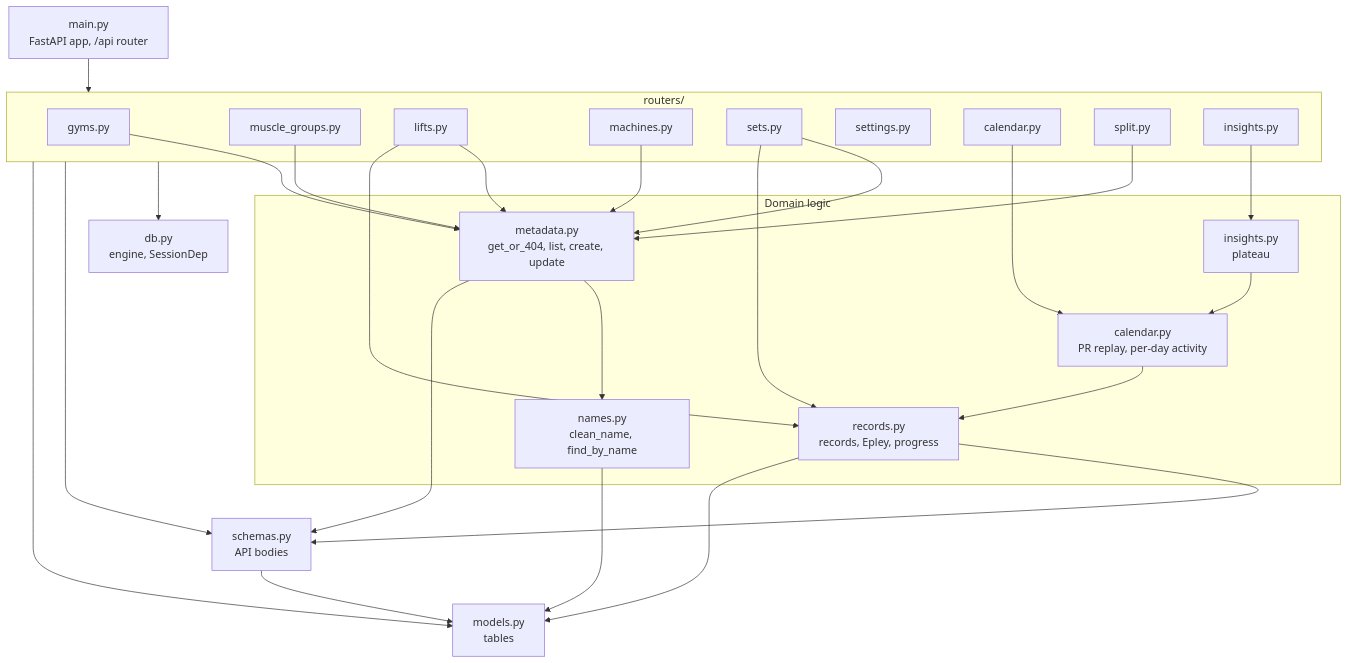
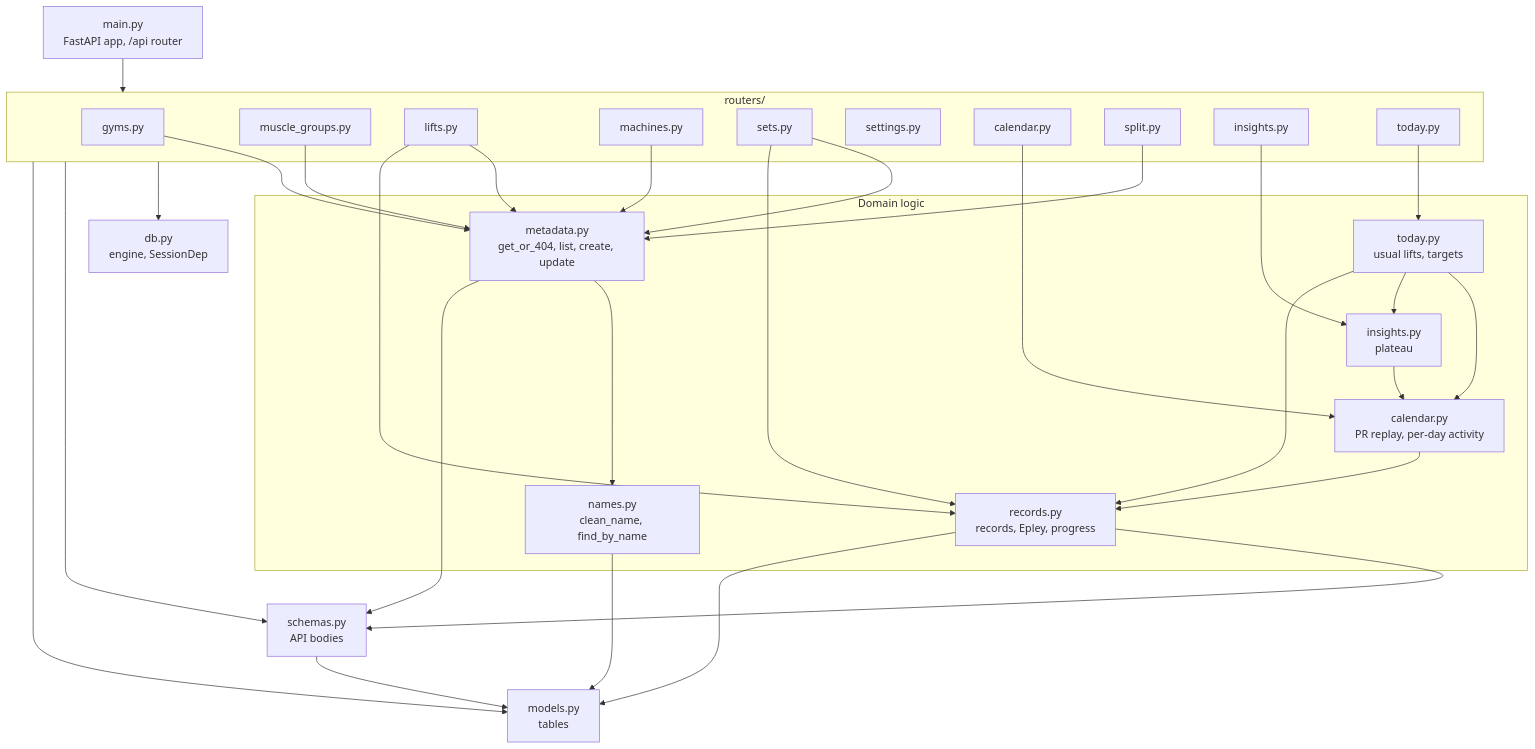
The first of 2 diagrams in docs/04-backend/README.md (coopermay/fitness-tracker), drawn with Mermaid before and after one commit. The commit also changed 47 other files, not shown here.

First line of the commit message:
Today tab: usual lifts, last session and targets; target rep range setting

````diff
--- a/docs/04-backend/README.md
+++ b/docs/04-backend/README.md
@@ -22,45 +22,49 @@
 ```mermaid
 flowchart TD
     main["main.py<br/>FastAPI app, /api router"]
 
     subgraph routers["routers/"]
         r_gyms["gyms.py"]
         r_mg["muscle_groups.py"]
         r_lifts["lifts.py"]
         r_machines["machines.py"]
         r_sets["sets.py"]
         r_settings["settings.py"]
         r_cal["calendar.py"]
         r_split["split.py"]
         r_ins["insights.py"]
+        r_today["today.py"]
     end
 
     subgraph domain["Domain logic"]
         metadata["metadata.py<br/>get_or_404, list, create, update"]
         names["names.py<br/>clean_name, find_by_name"]
         records["records.py<br/>records, Epley, progress"]
         calendar["calendar.py<br/>PR replay, per-day activity"]
         insights["insights.py<br/>plateau"]
+        today["today.py<br/>usual lifts, targets"]
     end
 
     db["db.py<br/>engine, SessionDep"]
     schemas["schemas.py<br/>API bodies"]
     models["models.py<br/>tables"]
 
     main --> routers
     r_gyms & r_mg & r_machines --> metadata
     r_lifts --> metadata & records
     r_sets --> metadata & records
     r_split --> metadata
     r_cal --> calendar
     r_ins --> insights
+    r_today --> today
+    today --> calendar & insights & records
     routers --> db & schemas & models
 
     metadata --> names
     metadata --> schemas
     names --> models
     records --> schemas & models
     calendar --> records
     insights --> calendar
     schemas --> models
 ```
````
